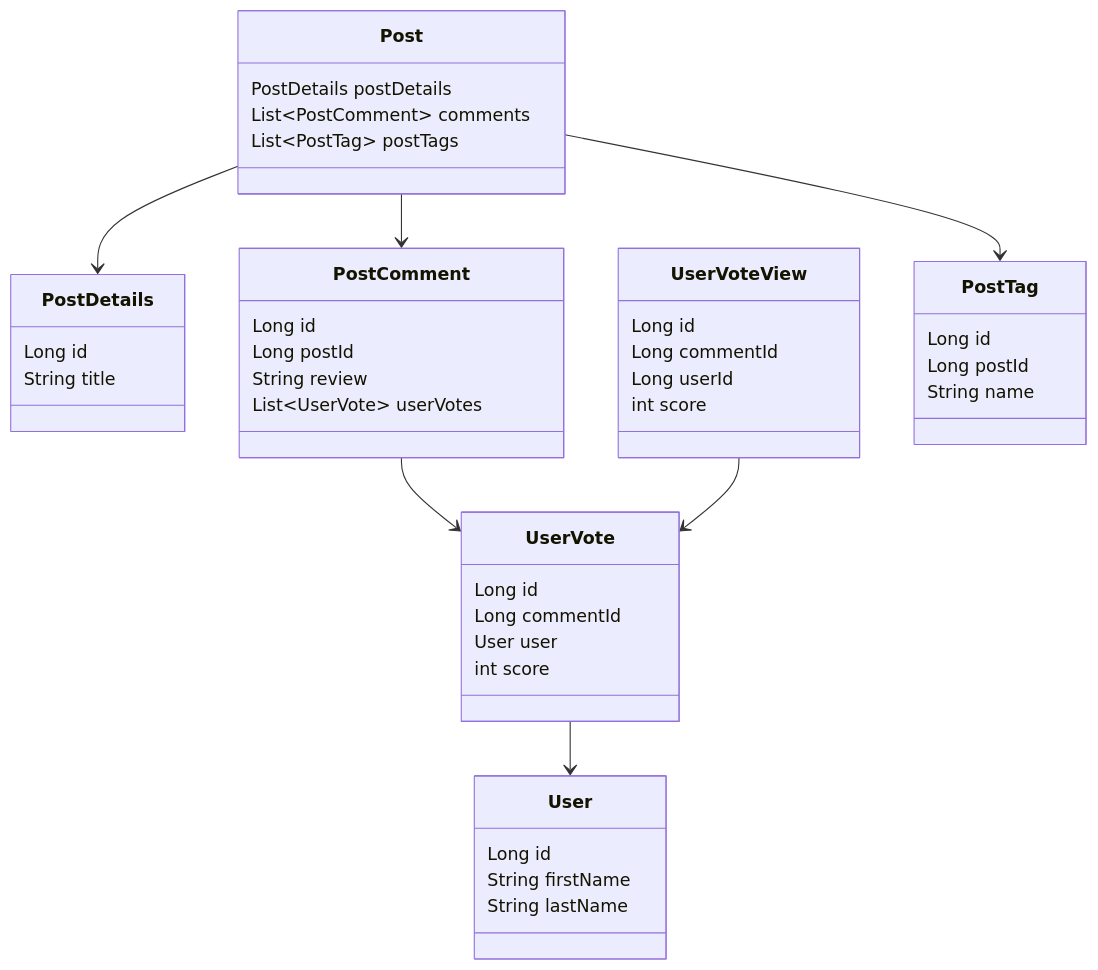
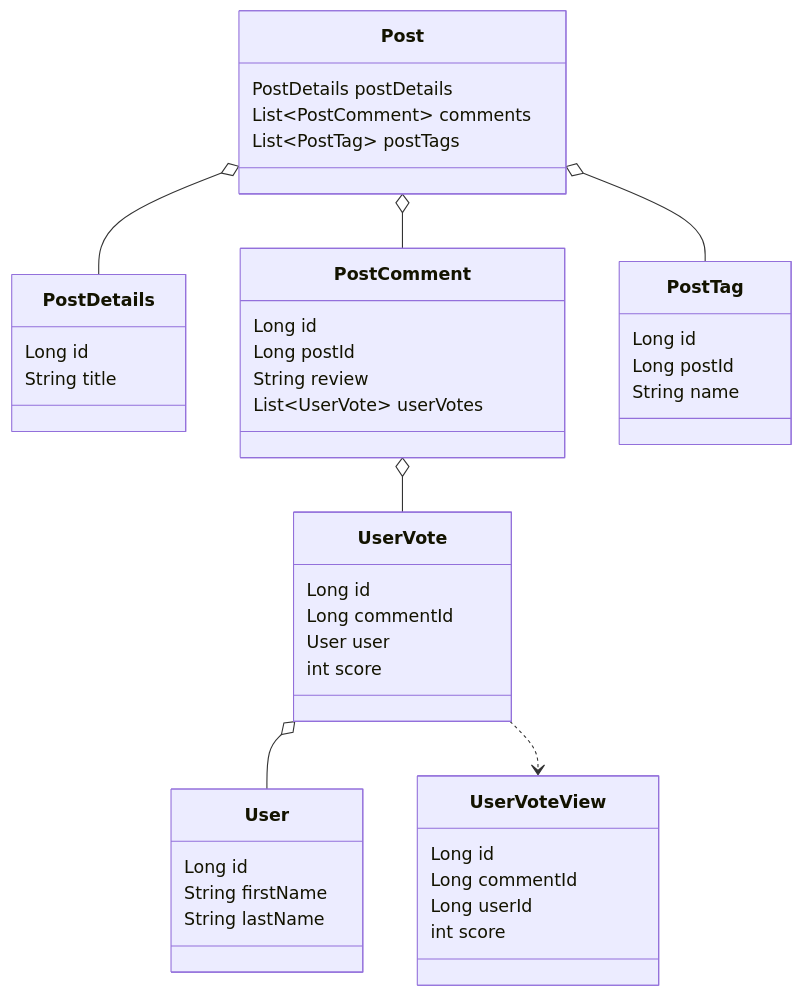
One commit to pellse/assembler changed the third of 3 diagrams in README.md. Above: the diagram before and after it, drawn with Mermaid. The commit also changed other lines of this file, not shown here.

````diff
--- a/README.md
+++ b/README.md
@@ -258,54 +259,54 @@
 ```mermaid
 classDiagram
     class Post {
         PostDetails postDetails
         List~PostComment~ comments
         List~PostTag~ postTags
     }
 
     class PostDetails {
         Long id
         String title
     }
 
     class PostComment {
         Long id
         Long postId
         String review
         List~UserVote~ userVotes
     }
 
     class UserVoteView {
         Long id
         Long commentId
         Long userId
         int score
     }
 
     class UserVote {
         Long id
         Long commentId
         User user
         int score
     }
 
     class User {
         Long id
         String firstName
         String lastName
     }
 
     class PostTag {
         Long id
         Long postId
         String name
     }
 
-    Post --> PostDetails
-    Post --> PostComment
-    Post --> PostTag
-    PostComment --> UserVote
-    UserVote --> User
-    UserVoteView --> UserVote
+    Post o-- PostDetails
+    Post o-- PostComment
+    Post o-- PostTag
+    PostComment o-- UserVote
+    UserVote o-- User
+    UserVote ..> UserVoteView
 
 ```
````
